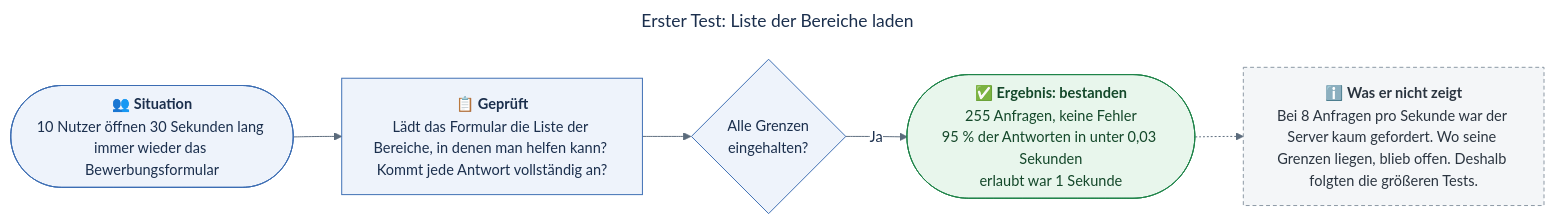
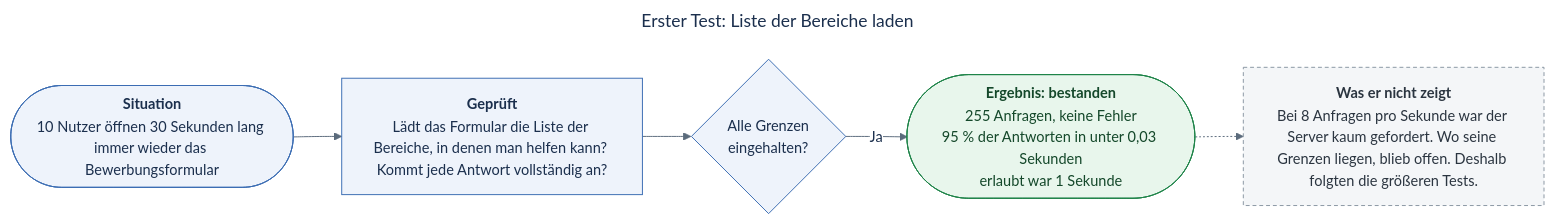
One commit to kamalshekho/design-thinking-workshop changed the first of 5 diagrams in load-test/RESULTS.md. Above: the diagram before and after it, drawn with Mermaid. The commit also changed other lines of this file, not shown here.

Commit message:
docs(load-test): drop the icons from the diagrams

````diff
--- a/load-test/RESULTS.md
+++ b/load-test/RESULTS.md
@@ -18,35 +18,35 @@
 ```mermaid
 ---
 title: "Erster Test: Liste der Bereiche laden"
 config:
   theme: base
   themeVariables:
     fontSize: "15px"
     primaryColor: "#eef3fb"
     primaryBorderColor: "#3b6db3"
     primaryTextColor: "#1b2f4d"
     lineColor: "#5b6b7c"
     edgeLabelBackground: "#ffffff"
     clusterBkg: "#ffffff"
   flowchart:
     wrappingWidth: 250
     curve: basis
 ---
 flowchart LR
     %% The first, small run with load-test/categories.js, from the screenshot of 25.11.2026.
-    s(["👥 <b>Situation</b><br/>10 Nutzer öffnen 30 Sekunden lang immer wieder das Bewerbungsformular"])
-    t["📋 <b>Geprüft</b><br/>Lädt das Formular die Liste der Bereiche, in denen man helfen kann? Kommt jede Antwort vollständig an?"]
+    s(["<b>Situation</b><br/>10 Nutzer öffnen 30 Sekunden lang immer wieder das Bewerbungsformular"])
+    t["<b>Geprüft</b><br/>Lädt das Formular die Liste der Bereiche, in denen man helfen kann? Kommt jede Antwort vollständig an?"]
     c{"Alle Grenzen<br/>eingehalten?"}
-    r(["✅ <b>Ergebnis: bestanden</b><br/>255 Anfragen, keine Fehler<br/>95 % der Antworten in unter 0,03 Sekunden<br/>erlaubt war 1 Sekunde"])
-    n["ℹ️ <b>Was er nicht zeigt</b><br/>Bei 8 Anfragen pro Sekunde war der Server kaum gefordert. Wo seine Grenzen liegen, blieb offen. Deshalb folgten die größeren Tests."]
+    r(["<b>Ergebnis: bestanden</b><br/>255 Anfragen, keine Fehler<br/>95 % der Antworten in unter 0,03 Sekunden<br/>erlaubt war 1 Sekunde"])
+    n["<b>Was er nicht zeigt</b><br/>Bei 8 Anfragen pro Sekunde war der Server kaum gefordert. Wo seine Grenzen liegen, blieb offen. Deshalb folgten die größeren Tests."]
     s --> t --> c
     c -->|Ja| r
     r -.-> n
 
     classDef situation fill:#eef3fb,stroke:#3b6db3,color:#1b2f4d
     classDef ok fill:#e8f6ec,stroke:#1e8449,color:#14482a
     classDef note fill:#f4f6f8,stroke:#8a96a3,color:#2b3540,stroke-dasharray:4 3
     class s,t situation
     class r ok
     class n note
 ```
````
